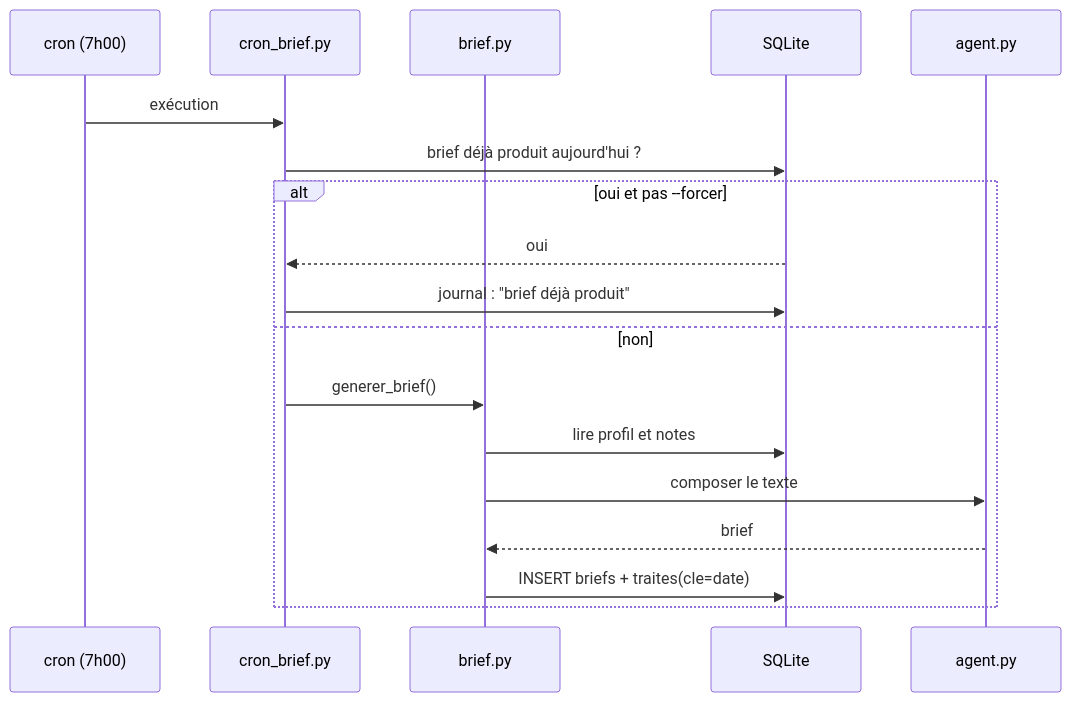
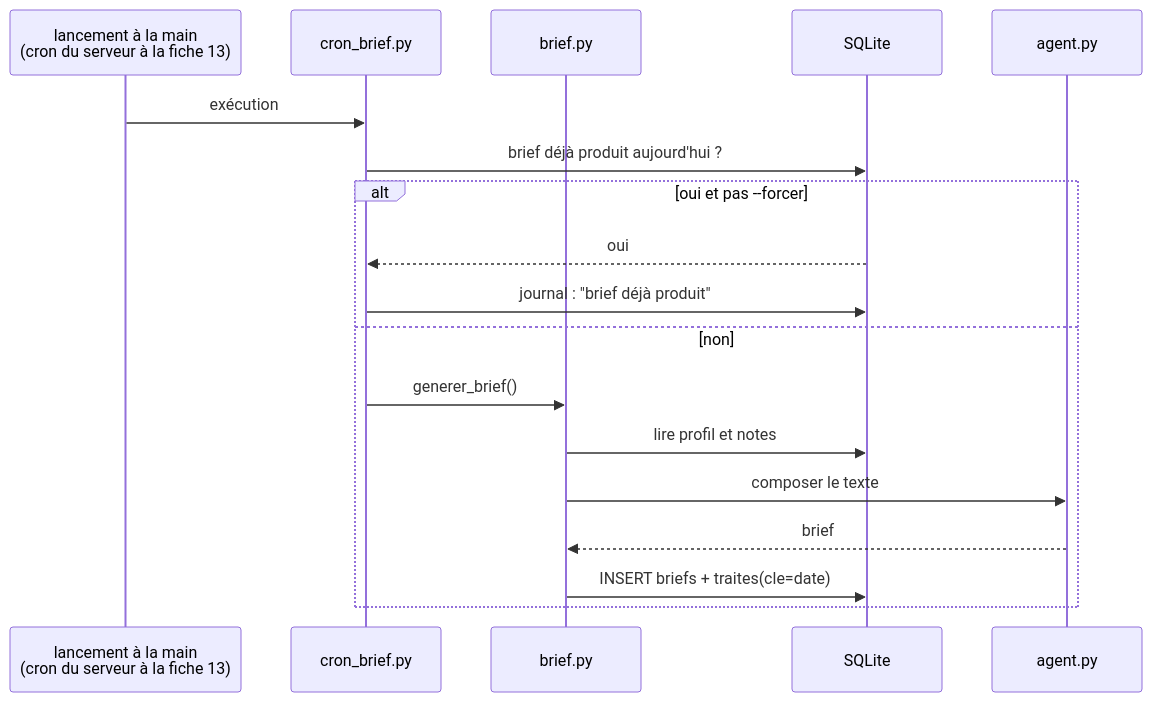
Before and after one commit to lecinquiemejour-code/goodvibe-tuto: diagram 20 of 38 in tuto-goodvibe-vibecoding.md, drawn with Mermaid. The commit also changed other lines of this file, not shown here.

Commit message:
Tuto : le cron rejoint le serveur (fiche 13), la fiche 6 devient brief du matin

````diff
--- a/tuto-goodvibe-vibecoding.md
+++ b/tuto-goodvibe-vibecoding.md
@@ -672,20 +672,20 @@
 ```mermaid
 sequenceDiagram
-    participant C as cron (7h00)
+    participant C as lancement à la main<br/>(cron du serveur à la fiche 13)
     participant S as cron_brief.py
     participant B as brief.py
     participant D as SQLite
     participant A as agent.py
     C->>S: exécution
     S->>D: brief déjà produit aujourd'hui ?
     alt oui et pas --forcer
         D-->>S: oui
         S->>D: journal : "brief déjà produit"
     else non
         S->>B: generer_brief()
         B->>D: lire profil et notes
         B->>A: composer le texte
         A-->>B: brief
         B->>D: INSERT briefs + traites(cle=date)
     end
 ```
````
